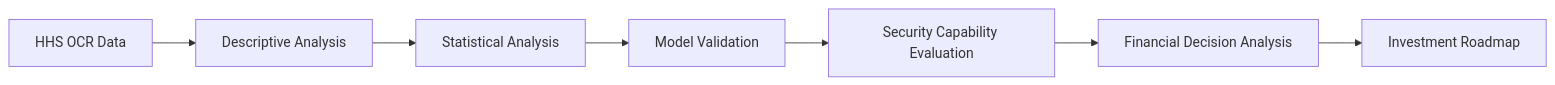
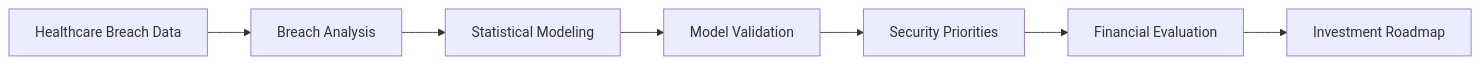
One commit to rachelletecharchitect01-star/security-architecture-capstone changed the diagram in README.md. Above: the diagram before and after it, drawn with Mermaid. The commit also changed other lines of this file, not shown here.

````diff
--- a/README.md
+++ b/README.md
@@ -28,9 +30,9 @@
 ```mermaid
 flowchart LR
-    A[HHS OCR Data] --> B[Descriptive Analysis]
-    B --> C[Statistical Analysis]
+    A[Healthcare Breach Data] --> B[Breach Analysis]
+    B --> C[Statistical Modeling]
     C --> D[Model Validation]
-    D --> E[Security Capability Evaluation]
-    E --> F[Financial Decision Analysis]
+    D --> E[Security Priorities]
+    E --> F[Financial Evaluation]
     F --> G[Investment Roadmap]
 ```
````
